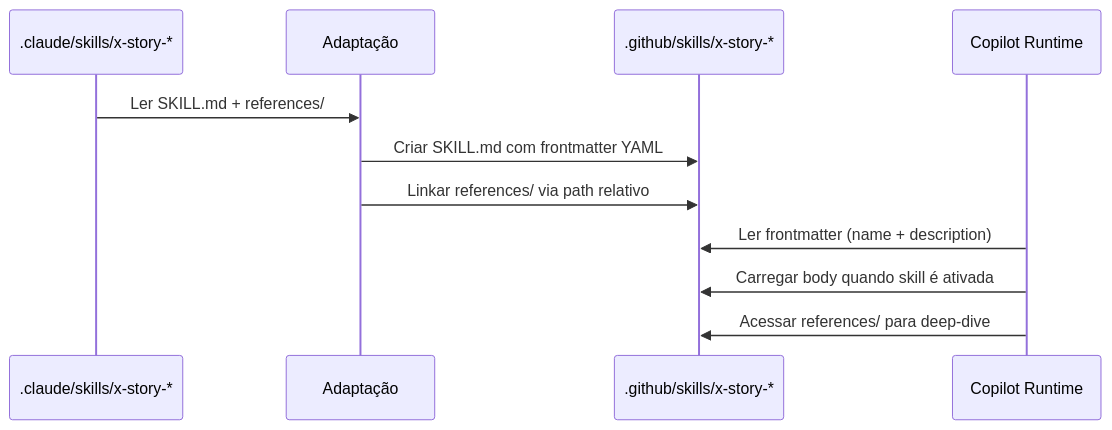
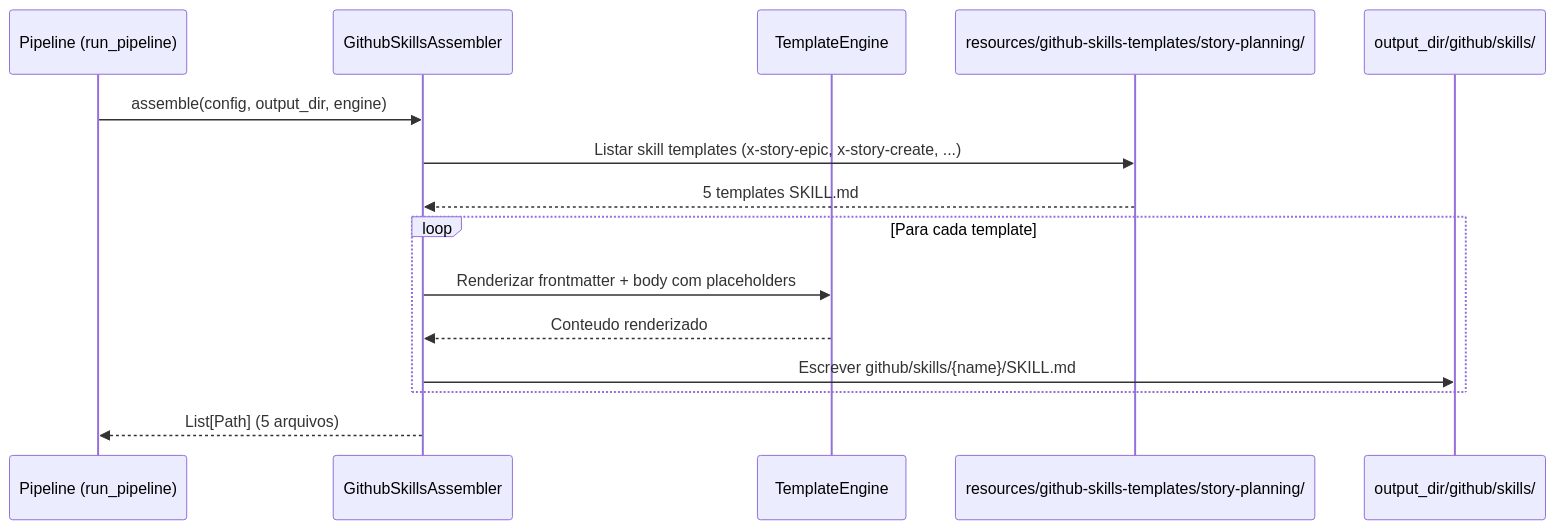
One commit to edercnj/ia-dev-environment changed the diagram in docs/stories/github-structure/STORY-003.md. Above: the diagram before and after it, drawn with Mermaid. The commit also changed other lines of this file and 14 other files, not shown here.

First line of the commit message:
docs: rewrite stories to reference Python generator architecture

````diff
--- a/docs/stories/github-structure/STORY-003.md
+++ b/docs/stories/github-structure/STORY-003.md
@@ -93,14 +135,18 @@
 ```mermaid
 sequenceDiagram
-    participant CS as .claude/skills/x-story-*
-    participant A as Adaptação
-    participant GS as .github/skills/x-story-*
-    participant C as Copilot Runtime
+    participant P as Pipeline (run_pipeline)
+    participant A as GithubSkillsAssembler
+    participant E as TemplateEngine
+    participant T as resources/github-skills-templates/story-planning/
+    participant O as output_dir/github/skills/
 
-    CS->>A: Ler SKILL.md + references/
-    A->>GS: Criar SKILL.md com frontmatter YAML
-    A->>GS: Linkar references/ via path relativo
-    C->>GS: Ler frontmatter (name + description)
-    C->>GS: Carregar body quando skill é ativada
-    C->>GS: Acessar references/ para deep-dive
+    P->>A: assemble(config, output_dir, engine)
+    A->>T: Listar skill templates (x-story-epic, x-story-create, ...)
+    T-->>A: 5 templates SKILL.md
+    loop Para cada template
+        A->>E: Renderizar frontmatter + body com placeholders
+        E-->>A: Conteudo renderizado
+        A->>O: Escrever github/skills/{name}/SKILL.md
+    end
+    A-->>P: List[Path] (5 arquivos)
 ```
````
